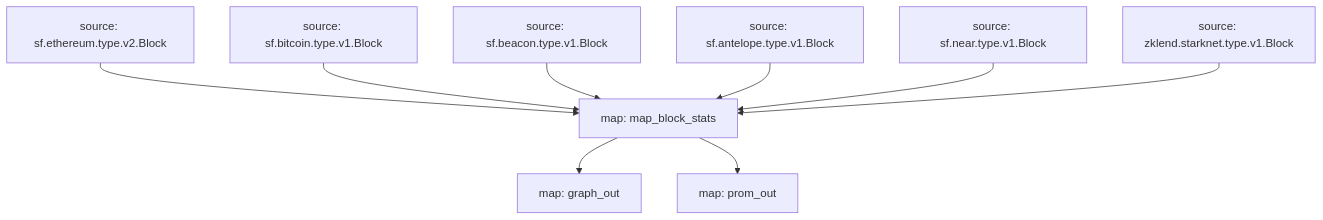
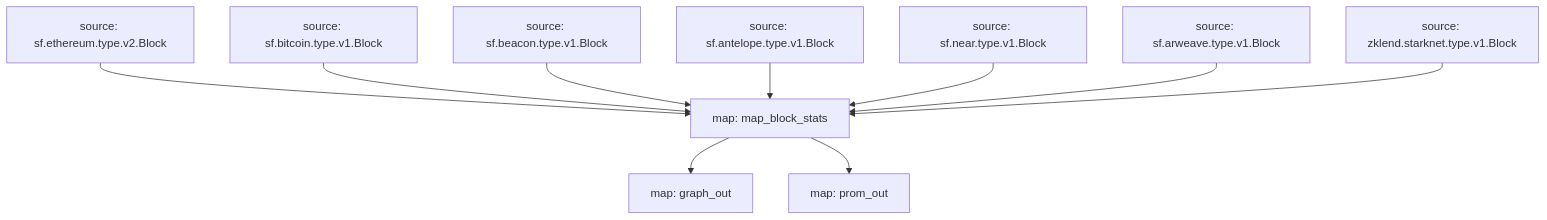
Before and after one commit to pinax-network/subtivity-substreams: the diagram in README.md, drawn with Mermaid. The commit also changed other lines of this file and 12 other files, not shown here.

Commit message:
add Arweave block type

````diff
--- a/README.md
+++ b/README.md
@@ -78,14 +78,15 @@
 ```mermaid
 graph TD;
   map_block_stats[map: map_block_stats]
   sf.ethereum.type.v2.Block[source: sf.ethereum.type.v2.Block] --> map_block_stats
   sf.bitcoin.type.v1.Block[source: sf.bitcoin.type.v1.Block] --> map_block_stats
   sf.beacon.type.v1.Block[source: sf.beacon.type.v1.Block] --> map_block_stats
   sf.antelope.type.v1.Block[source: sf.antelope.type.v1.Block] --> map_block_stats
   sf.near.type.v1.Block[source: sf.near.type.v1.Block] --> map_block_stats
+  sf.arweave.type.v1.Block[source: sf.arweave.type.v1.Block] --> map_block_stats
   zklend.starknet.type.v1.Block[source: zklend.starknet.type.v1.Block] --> map_block_stats
   graph_out[map: graph_out]
   map_block_stats --> graph_out
   prom_out[map: prom_out]
   map_block_stats --> prom_out
 ```
````
